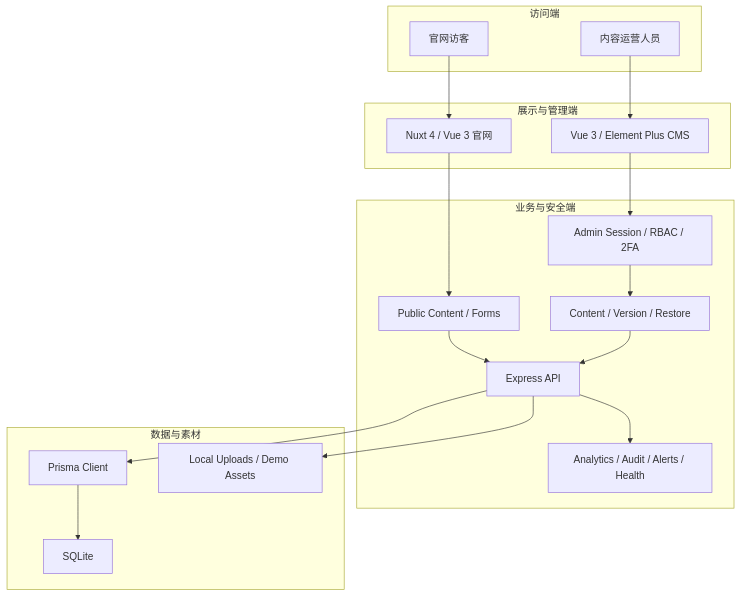
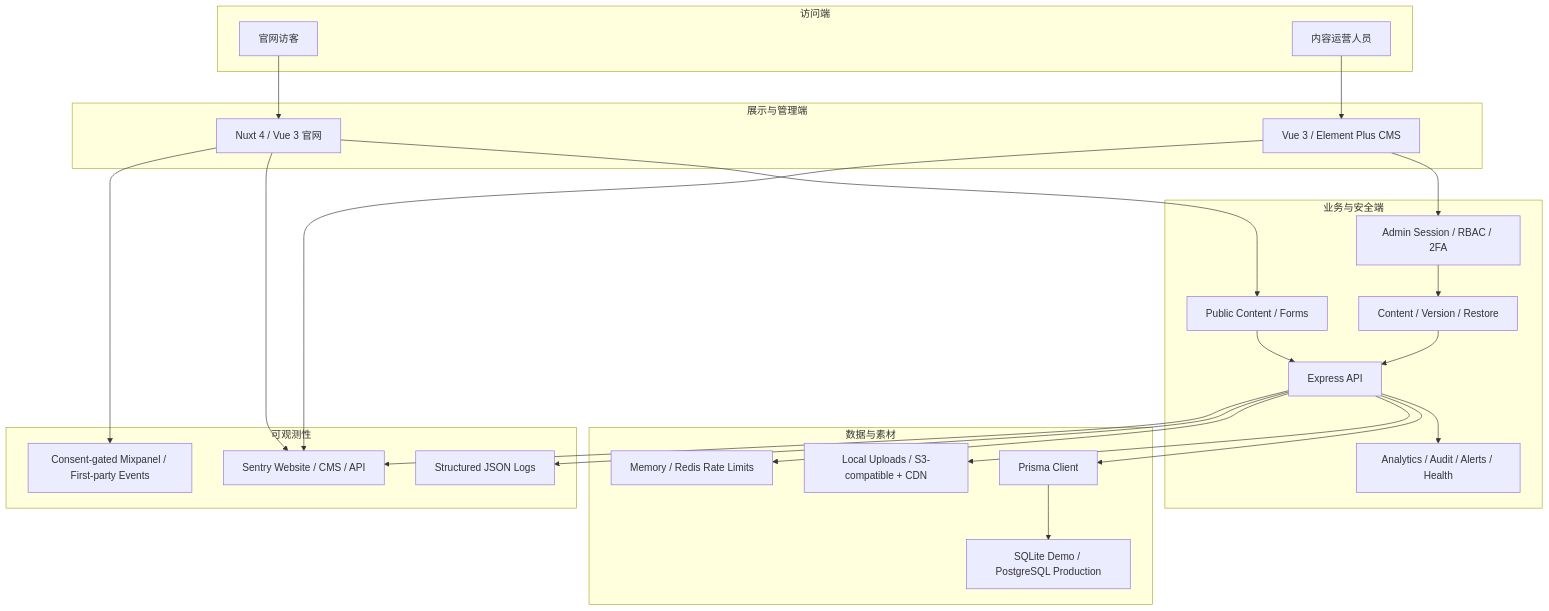
Before and after one commit to 728792899-create/hushi-wind-website: the first of 5 diagrams in docs/architecture.md, drawn with Mermaid. The commit also changed other lines of this file and 97 other files, not shown here.

Commit message:
feat: harden full-stack website for production

````diff
--- a/docs/architecture.md
+++ b/docs/architecture.md
@@ -5,37 +5,50 @@
 ```mermaid
 flowchart TB
   subgraph CLIENTS["访问端"]
     VISITOR["官网访客"]
     OPERATOR["内容运营人员"]
   end
 
   subgraph FRONTENDS["展示与管理端"]
     WEBSITE["Nuxt 4 / Vue 3 官网"]
     ADMIN["Vue 3 / Element Plus CMS"]
   end
 
   subgraph BACKEND["业务与安全端"]
     EXPRESS["Express API"]
     PUBLIC["Public Content / Forms"]
     AUTH["Admin Session / RBAC / 2FA"]
     CMS["Content / Version / Restore"]
     OPS["Analytics / Audit / Alerts / Health"]
   end
 
   subgraph DATA["数据与素材"]
     PRISMA["Prisma Client"]
-    SQLITE["SQLite"]
-    UPLOADS["Local Uploads / Demo Assets"]
+    DATABASE["SQLite Demo / PostgreSQL Production"]
+    UPLOADS["Local Uploads / S3-compatible + CDN"]
+    REDIS["Memory / Redis Rate Limits"]
+  end
+
+  subgraph OBS["可观测性"]
+    LOGS["Structured JSON Logs"]
+    SENTRY["Sentry Website / CMS / API"]
+    FUNNEL["Consent-gated Mixpanel / First-party Events"]
   end
 
   VISITOR --> WEBSITE
   OPERATOR --> ADMIN
   WEBSITE --> PUBLIC
   ADMIN --> AUTH
   AUTH --> CMS
   PUBLIC --> EXPRESS
   CMS --> EXPRESS
   EXPRESS --> OPS
-  EXPRESS --> PRISMA --> SQLITE
+  EXPRESS --> PRISMA --> DATABASE
   EXPRESS --> UPLOADS
+  EXPRESS --> REDIS
+  EXPRESS --> LOGS
+  EXPRESS --> SENTRY
+  WEBSITE --> SENTRY
+  ADMIN --> SENTRY
+  WEBSITE --> FUNNEL
 ```
````
